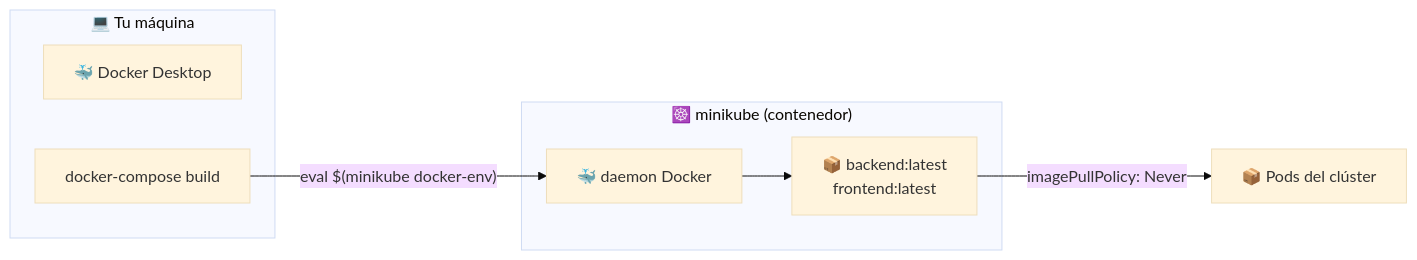
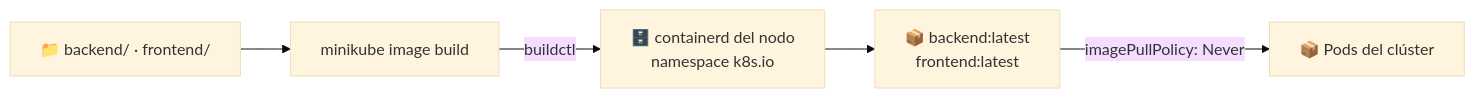
The second of 3 diagrams in 13-multi-tier/README.md (afperdomo2/curso-kubernetes-platzi), drawn with Mermaid (base theme) before and after one commit. The commit also changed other lines of this file and 2 other files, not shown here.

Commit message:
Update README.md and AGENTS.md: clarify Docker runtime instructions and improve documentation consistency

````diff
--- a/13-multi-tier/README.md
+++ b/13-multi-tier/README.md
@@ -137,14 +131,7 @@
 ```mermaid
 flowchart LR
-    subgraph HOST["💻 Tu máquina"]
-        D1["🐳 Docker Desktop"]
-        CLI["docker-compose build"]
-    end
-    subgraph MINI["☸️ minikube (contenedor)"]
-        D2["🐳 daemon Docker"]
-        IMG["📦 backend:latest<br/>frontend:latest"]
-    end
-    CLI -->|"eval $(minikube docker-env)"| D2
-    D2 --> IMG
+    SRC["📁 backend/ · frontend/"] --> CLI["minikube image build"]
+    CLI -->|"buildctl"| CT["🗄️ containerd del nodo<br/>namespace k8s.io"]
+    CT --> IMG["📦 backend:latest<br/>frontend:latest"]
     IMG -->|"imagePullPolicy: Never"| POD["📦 Pods del clúster"]
 ```
````
